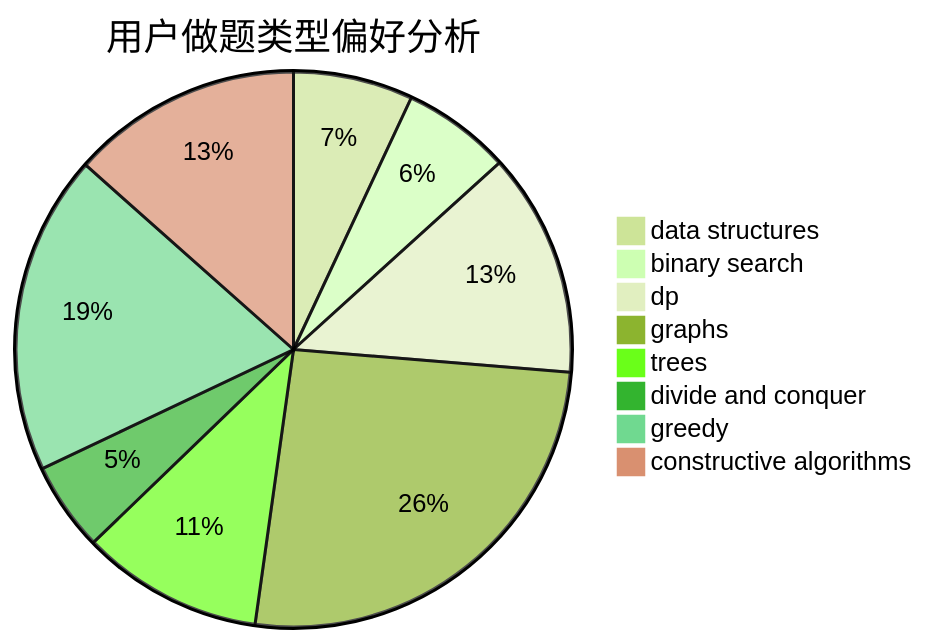
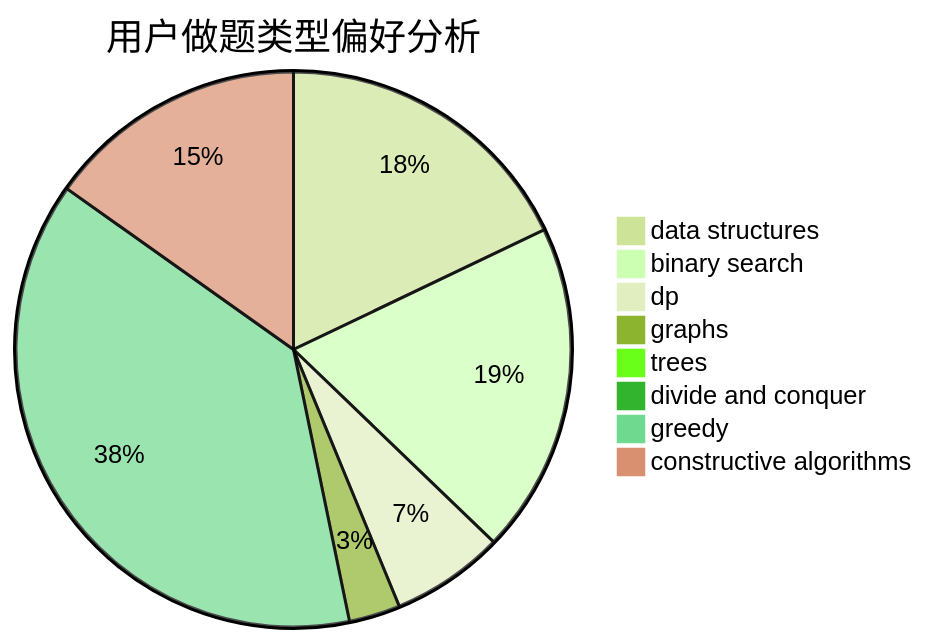
One commit to sherpahu/cfrs.github.io changed the second of 3 diagrams in docs/user/u32.md. Above: the diagram before and after it, drawn with Mermaid (forest theme). The commit also changed other lines of this file and 2770 other files, not shown here.

````diff
--- a/docs/user/u32.md
+++ b/docs/user/u32.md
@@ -23,11 +23,11 @@
 ```mermaid
 pie title 用户做题类型偏好分析
-    "data structures" :  85
-    "binary search" :  77
-    "dp" :  159
-    "graphs" :  316
-    "trees" :  129
-    "divide and conquer" :  63
-    "greedy" :  227
-    "constructive algorithms" :  164
+    "data structures" :  144
+    "binary search" :  155
+    "dp" :  53
+    "graphs" :  24
+    "trees" :  4
+    "divide and conquer" :  0
+    "greedy" :  306
+    "constructive algorithms" :  122
 ```
````
